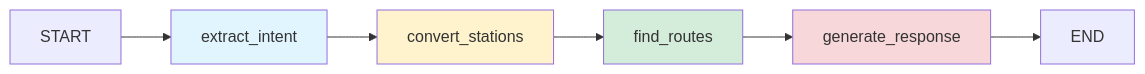
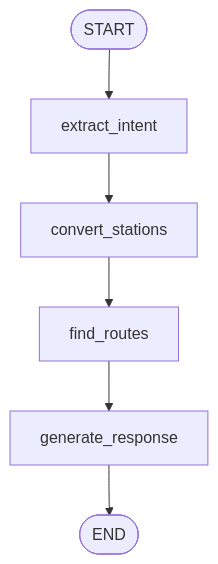
The diagram in Langgraph/README.md (sushmitha10500/AI_Train_Tracker), drawn with Mermaid before and after one commit. The commit also changed other lines of this file, not shown here.

````diff
--- a/Langgraph/README.md
+++ b/Langgraph/README.md
@@ -133,13 +90,8 @@
 ```mermaid
-graph LR
-    A[START] --> B[extract_intent]
+graph TD
+    A([START]) --> B[extract_intent]
     B --> C[convert_stations]
     C --> D[find_routes]
     D --> E[generate_response]
-    E --> F[END]
-    
-    style B fill:#e1f5ff
-    style C fill:#fff3cd
-    style D fill:#d4edda
-    style E fill:#f8d7da
+    E --> F([END])
 ```
````
